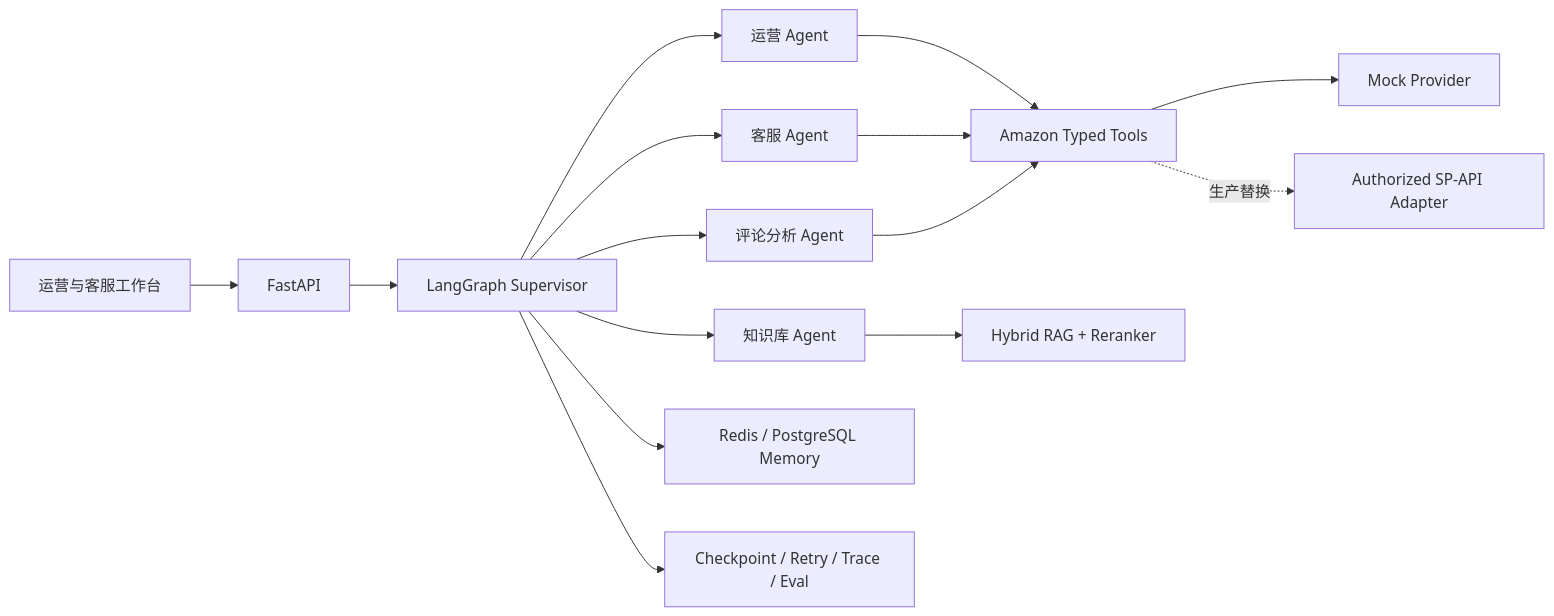
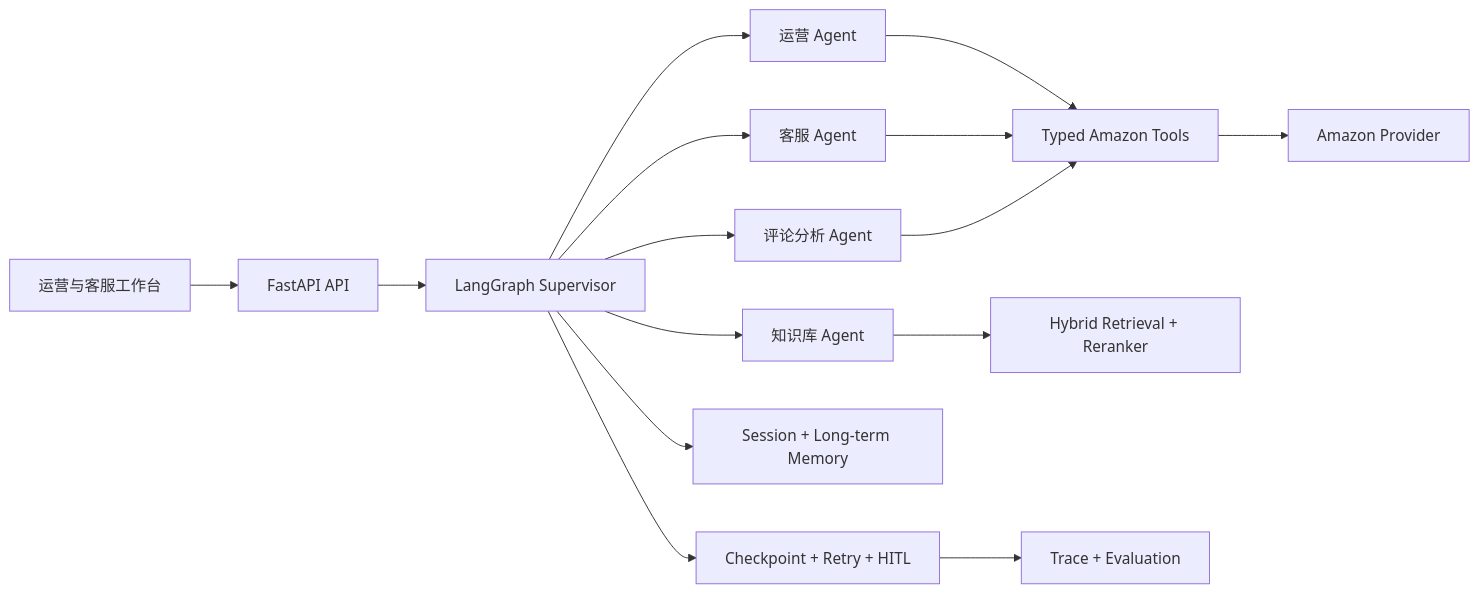
Before and after one commit to Mc442578/crossborder-nexus: the diagram in README.md, drawn with Mermaid. The commit also changed other lines of this file and 18 other files, not shown here.

````diff
--- a/README.md
+++ b/README.md
@@ -22,17 +28,17 @@
 ```mermaid
 flowchart LR
-    UI[运营与客服工作台] --> API[FastAPI]
+    UI[运营与客服工作台] --> API[FastAPI API]
     API --> S[LangGraph Supervisor]
     S --> O[运营 Agent]
     S --> C[客服 Agent]
     S --> K[知识库 Agent]
     S --> R[评论分析 Agent]
-    O --> T[Amazon Typed Tools]
+    O --> T[Typed Amazon Tools]
     C --> T
     R --> T
-    K --> KB[Hybrid RAG + Reranker]
-    T --> M[Mock Provider]
-    T -.生产替换.-> A[Authorized SP-API Adapter]
-    S --> MEM[Redis / PostgreSQL Memory]
-    S --> OBS[Checkpoint / Retry / Trace / Eval]
+    K --> KB[Hybrid Retrieval + Reranker]
+    T --> P[Amazon Provider]
+    S --> MEM[Session + Long-term Memory]
+    S --> SAFE[Checkpoint + Retry + HITL]
+    SAFE --> EVAL[Trace + Evaluation]
 ```
````
